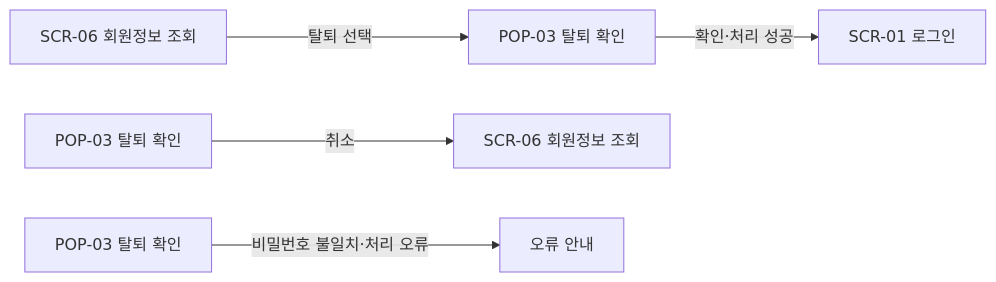
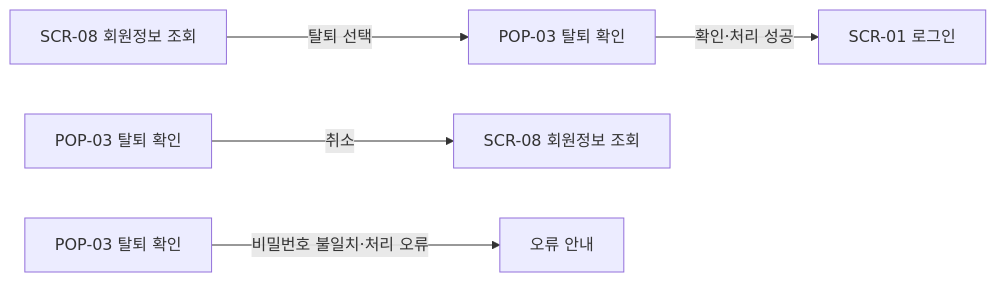
Before and after one commit to jackie020105-beep/WebJava_Project: the third of 6 diagrams in docs/02_StoryBoard/화면설계서.md, drawn with Mermaid. The commit also changed other lines of this file, not shown here.

````diff
--- a/docs/02_StoryBoard/화면설계서.md
+++ b/docs/02_StoryBoard/화면설계서.md
@@ -133,10 +140,10 @@
 ```mermaid
 %%{init: {'flowchart': {'curve': 'linear'}}}%%
 flowchart LR
-    A1["SCR-06 회원정보 조회"] -->|"탈퇴 선택"| A2["POP-03 탈퇴 확인"]
+    A1["SCR-08 회원정보 조회"] -->|"탈퇴 선택"| A2["POP-03 탈퇴 확인"]
     A2 -->|"확인·처리 성공"| A3["SCR-01 로그인"]
 
-    B1["POP-03 탈퇴 확인"] -->|"취소"| B2["SCR-06 회원정보 조회"]
+    B1["POP-03 탈퇴 확인"] -->|"취소"| B2["SCR-08 회원정보 조회"]
 
     C1["POP-03 탈퇴 확인"] -->|"비밀번호 불일치·처리 오류"| C2["오류 안내"]
 ```
````
